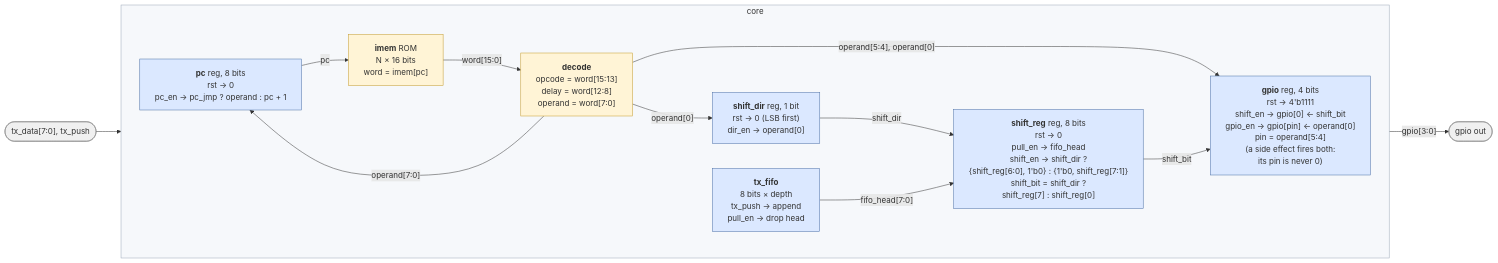
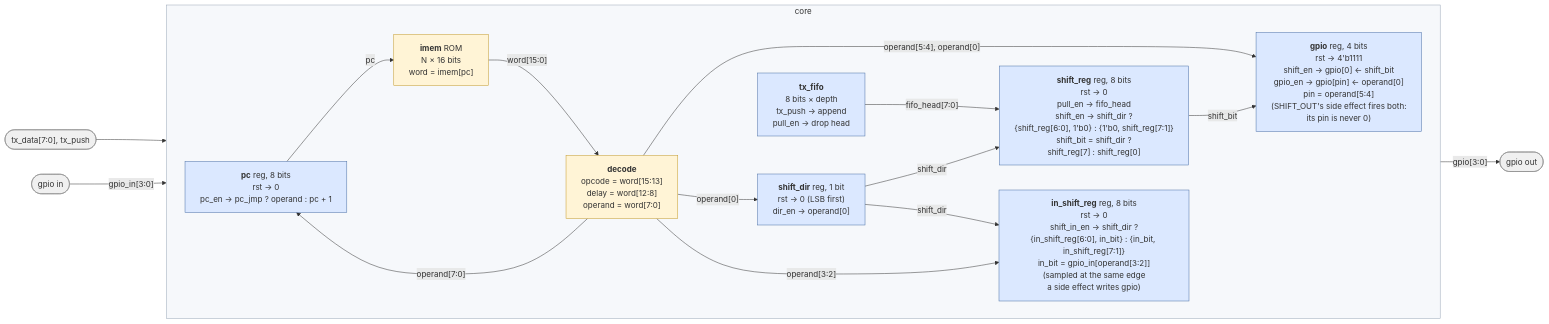
One commit to cshieldsce/smallcore changed the diagram in docs/core.mmd. Above: the diagram before and after it, drawn with Mermaid. The commit also changed 9 other files, not shown here.

Commit message:
update diagrams for shift_in

```diff
--- a/docs/core.mmd
+++ b/docs/core.mmd
@@ -1,37 +1,43 @@
 %%{init: {"flowchart": {"wrappingWidth": 320}}}%%
 %% Datapath at Verilog level. Blue = register (one always @(posedge clk)), yellow = combinational.
 %% Only data wires are drawn. The enables named inside each register (pull_en, shift_en,
-%% gpio_en, dir_en, pc_en, pc_jmp) come from the control block, see control.svg. gpio has two
-%% write ports: SHIFT_OUT writes gpio[0], SET and the SHIFT_OUT side effect write the operand
-%% pin. shift_dir selects which end of shift_reg feeds gpio[0] and which way it shifts.
+%% shift_in_en, gpio_en, dir_en, pc_en, pc_jmp) come from the control block, see control.svg.
+%% gpio has two write ports: SHIFT_OUT writes gpio[0], SET and a side effect write the operand
+%% pin. shift_dir selects which end of shift_reg feeds gpio[0], which end of in_shift_reg the
+%% sampled input pin enters, and which way both shift.
 flowchart LR
   classDef reg fill:#dbe8ff,stroke:#4a6fa5
   classDef comb fill:#fff4d6,stroke:#c49a2a
   classDef ext fill:#f0f0f0,stroke:#888
 
   TXIN(["tx_data[7:0], tx_push"]):::ext
+  GIN(["gpio in"]):::ext
 
   subgraph core["core"]
     direction LR
     PC["<b>pc</b> reg, 8 bits<br/>rst → 0<br/>pc_en → pc_jmp ? operand : pc + 1"]:::reg
     IMEM["<b>imem</b> ROM<br/>N × 16 bits<br/>word = imem[pc]"]:::comb
     DEC["<b>decode</b><br/>opcode = word[15:13]<br/>delay = word[12:8]<br/>operand = word[7:0]"]:::comb
     FIFO["<b>tx_fifo</b><br/>8 bits × depth<br/>tx_push → append<br/>pull_en → drop head"]:::reg
     SD["<b>shift_dir</b> reg, 1 bit<br/>rst → 0 (LSB first)<br/>dir_en → operand[0]"]:::reg
     SR["<b>shift_reg</b> reg, 8 bits<br/>rst → 0<br/>pull_en → fifo_head<br/>shift_en → shift_dir ?<br/>{shift_reg[6:0], 1'b0} : {1'b0, shift_reg[7:1]}<br/>shift_bit = shift_dir ?<br/>shift_reg[7] : shift_reg[0]"]:::reg
-    PIN["<b>gpio</b> reg, 4 bits<br/>rst → 4'b1111<br/>shift_en → gpio[0] ← shift_bit<br/>gpio_en → gpio[pin] ← operand[0]<br/>pin = operand[5:4]<br/>(a side effect fires both:<br/>its pin is never 0)"]:::reg
+    PIN["<b>gpio</b> reg, 4 bits<br/>rst → 4'b1111<br/>shift_en → gpio[0] ← shift_bit<br/>gpio_en → gpio[pin] ← operand[0]<br/>pin = operand[5:4]<br/>(SHIFT_OUT's side effect fires both:<br/>its pin is never 0)"]:::reg
+    ISR["<b>in_shift_reg</b> reg, 8 bits<br/>rst → 0<br/>shift_in_en → shift_dir ?<br/>{in_shift_reg[6:0], in_bit} : {in_bit, in_shift_reg[7:1]}<br/>in_bit = gpio_in[operand[3:2]]<br/>(sampled at the same edge<br/>a side effect writes gpio)"]:::reg
 
     PC -->|"pc"| IMEM
     IMEM -->|"word[15:0]"| DEC
     DEC -->|"operand[5:4], operand[0]"| PIN
     DEC -->|"operand[7:0]"| PC
     DEC -->|"operand[0]"| SD
     SD -->|"shift_dir"| SR
+    SD -->|"shift_dir"| ISR
+    DEC -->|"operand[3:2]"| ISR
     FIFO -->|"fifo_head[7:0]"| SR
     SR -->|"shift_bit"| PIN
   end
 
   TXIN --> FIFO
+  GIN -->|"gpio_in[3:0]"| ISR
   PIN -->|"gpio[3:0]"| OUT(["gpio out"]):::ext
 
   style core fill:#f6f8fb,stroke:#9aa7b8
```
